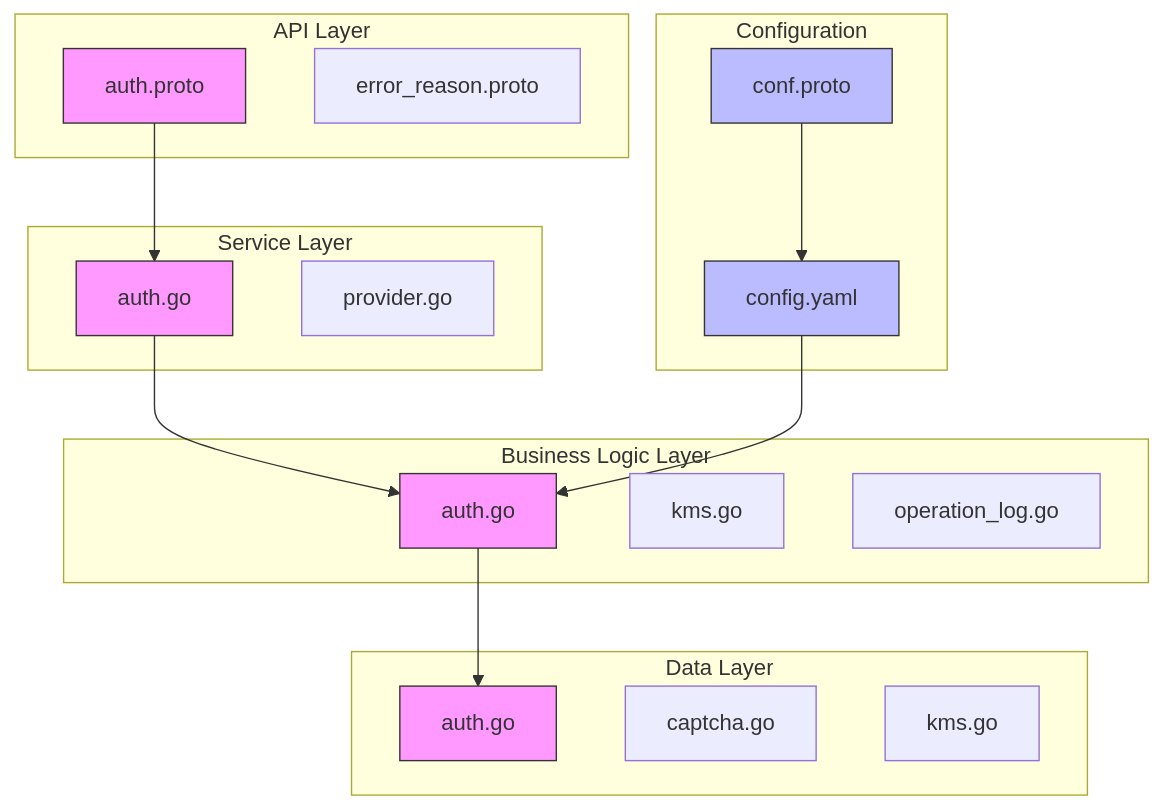
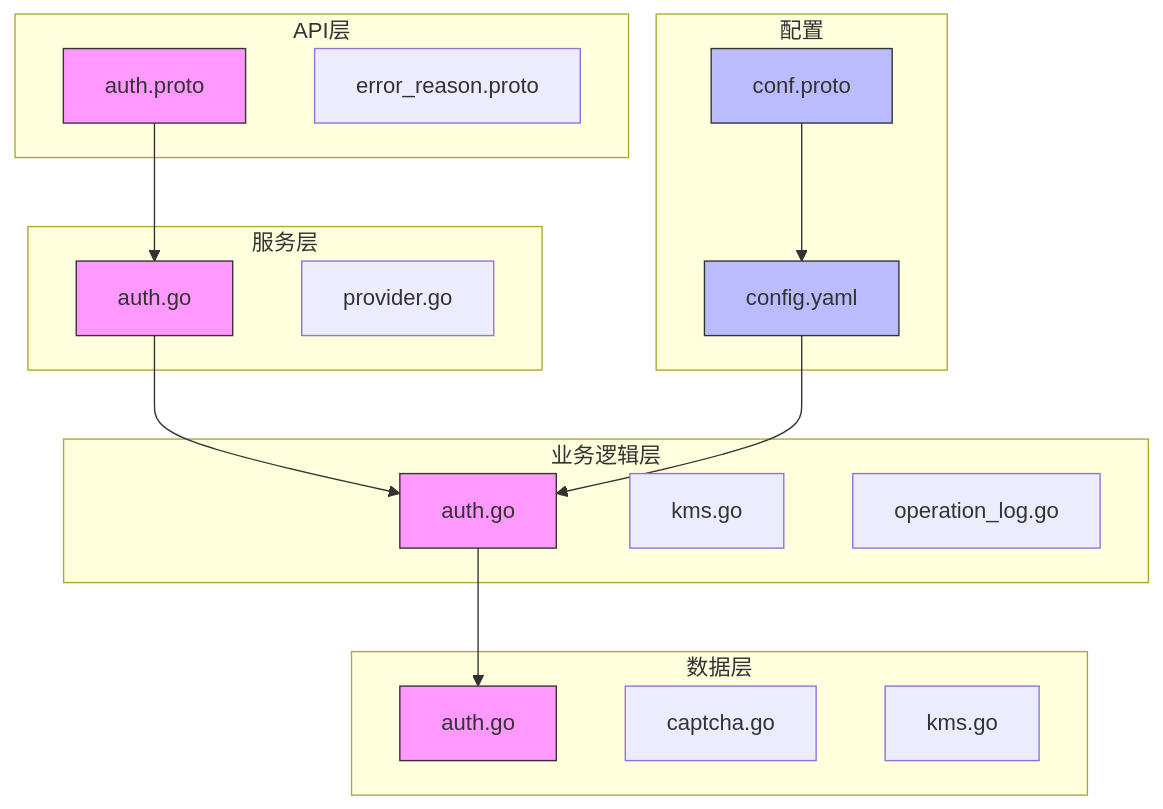
Before and after one commit to 26huitailang/kratos-boilerplate: the first of 6 diagrams in .qoder/repowiki/zh/content/Security Considerations/Authentication Flow Security.md, drawn with Mermaid. The commit also changed other lines of this file and 31 other files, not shown here.

````diff
--- a/.qoder/repowiki/zh/content/Security Considerations/Authentication Flow Security.md
+++ b/.qoder/repowiki/zh/content/Security Considerations/Authentication Flow Security.md
@@ -33,36 +41,36 @@
 ```mermaid
 graph TB
-subgraph "API Layer"
+subgraph "API层"
 A[auth.proto]
 B[error_reason.proto]
 end
-subgraph "Service Layer"
+subgraph "服务层"
 C[auth.go]
 D[provider.go]
 end
-subgraph "Business Logic Layer"
+subgraph "业务逻辑层"
 E[auth.go]
 F[kms.go]
 G[operation_log.go]
 end
-subgraph "Data Layer"
+subgraph "数据层"
 H[auth.go]
 I[captcha.go]
 J[kms.go]
 end
-subgraph "Configuration"
+subgraph "配置"
 K[config.yaml]
 L[conf.proto]
 end
 A --> C
 C --> E
 E --> H
 K --> E
 L --> K
 style A fill:#f9f,stroke:#333
 style C fill:#f9f,stroke:#333
 style E fill:#f9f,stroke:#333
 style H fill:#f9f,stroke:#333
 style K fill:#bbf,stroke:#333
 style L fill:#bbf,stroke:#333
 ```
````
